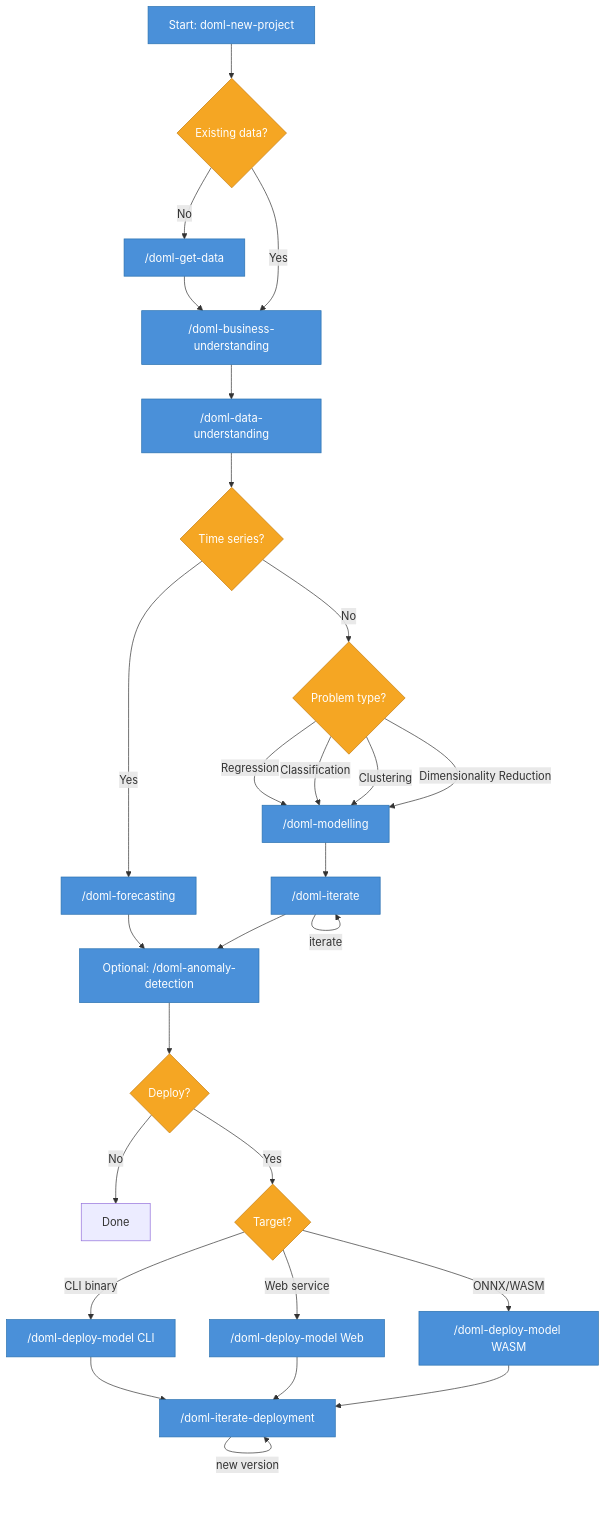
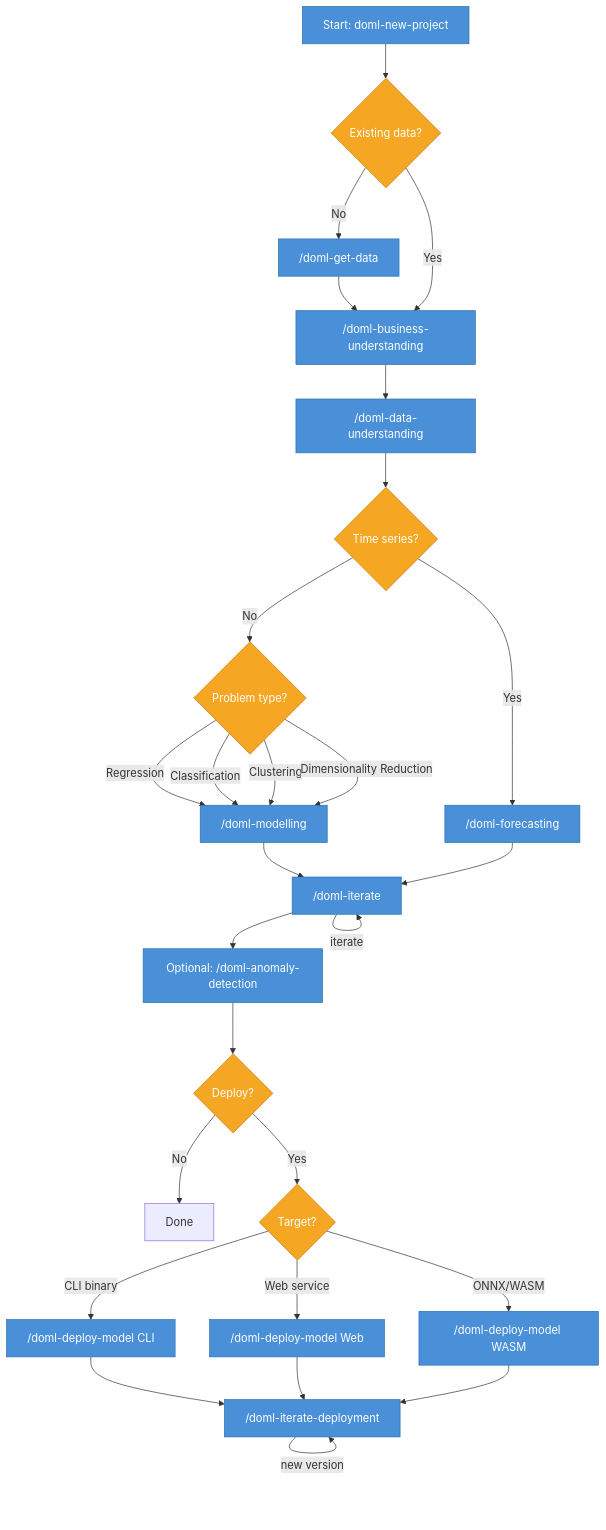
Before and after one commit to wpalace/doML: the diagram in README.md, drawn with Mermaid. The commit also changed other lines of this file and 1 other file, not shown here.

First line of the commit message:
docs(19): route forecasting through doml-iterate, add FUNDING.yml

````diff
--- a/README.md
+++ b/README.md
@@ -51,34 +51,34 @@
 ```mermaid
 flowchart TD
     A[Start: doml-new-project] --> B{"Existing data?"}
     B -- No --> C["/doml-get-data"]
     C --> D["/doml-business-understanding"]
     B -- Yes --> D
     D --> E["/doml-data-understanding"]
     E --> F{Time series?}
     F -- Yes --> G["/doml-forecasting"]
     F -- No --> H{Problem type?}
     H -- Regression --> I["/doml-modelling"]
     H -- Classification --> I
     H -- Clustering --> I
     H -- Dimensionality Reduction --> I
     I --> R["/doml-iterate"]
+    G --> R
     R -- iterate --> R
-    G --> J["Optional: /doml-anomaly-detection"]
-    R --> J
+    R --> J["Optional: /doml-anomaly-detection"]
     J --> K{Deploy?}
     K -- No --> L[Done]
     K -- Yes --> M{Target?}
     M -- CLI binary --> N["/doml-deploy-model CLI"]
     M -- Web service --> O["/doml-deploy-model Web"]
     M -- "ONNX/WASM" --> P["/doml-deploy-model WASM"]
     N --> Q["/doml-iterate-deployment"]
     O --> Q
     P --> Q
     Q -- new version --> Q
 
     classDef command fill:#4A90D9,stroke:#2971B0,color:#fff
     classDef decision fill:#F5A623,stroke:#C47D10,color:#fff
     class A,C,D,E,G,I,R,J,N,O,P,Q command
     class B,F,H,K,M decision
 ```
````
